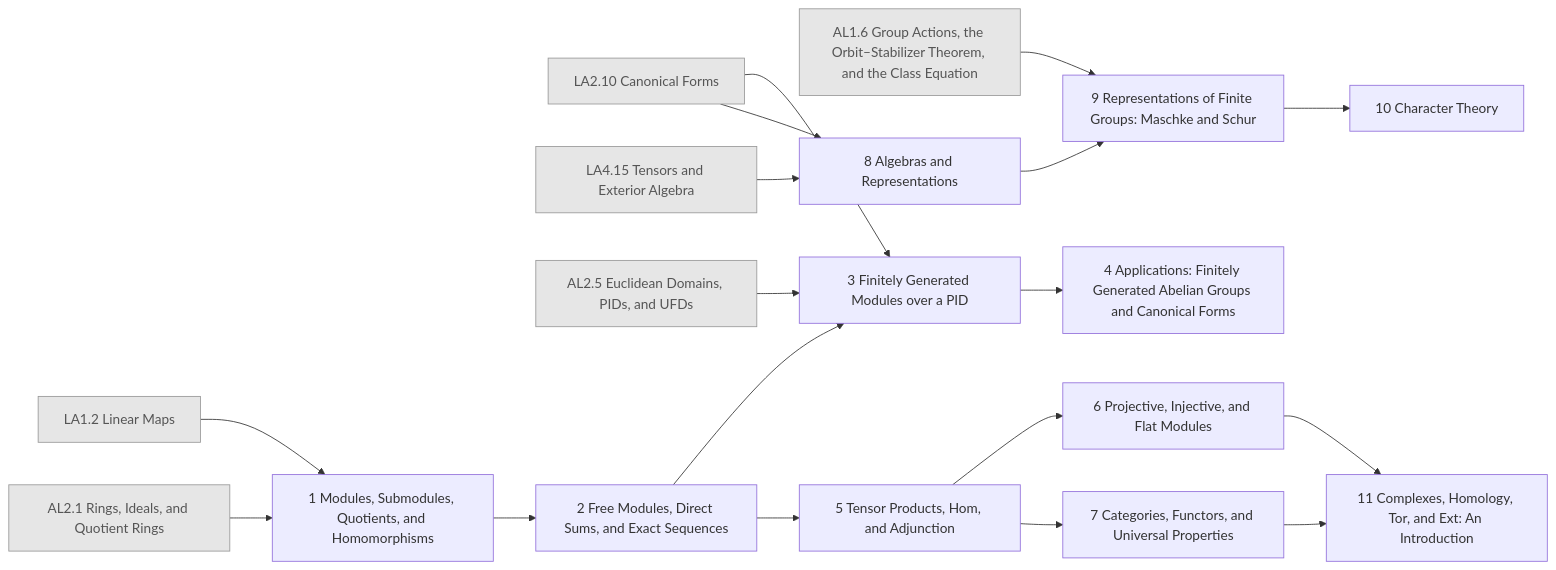
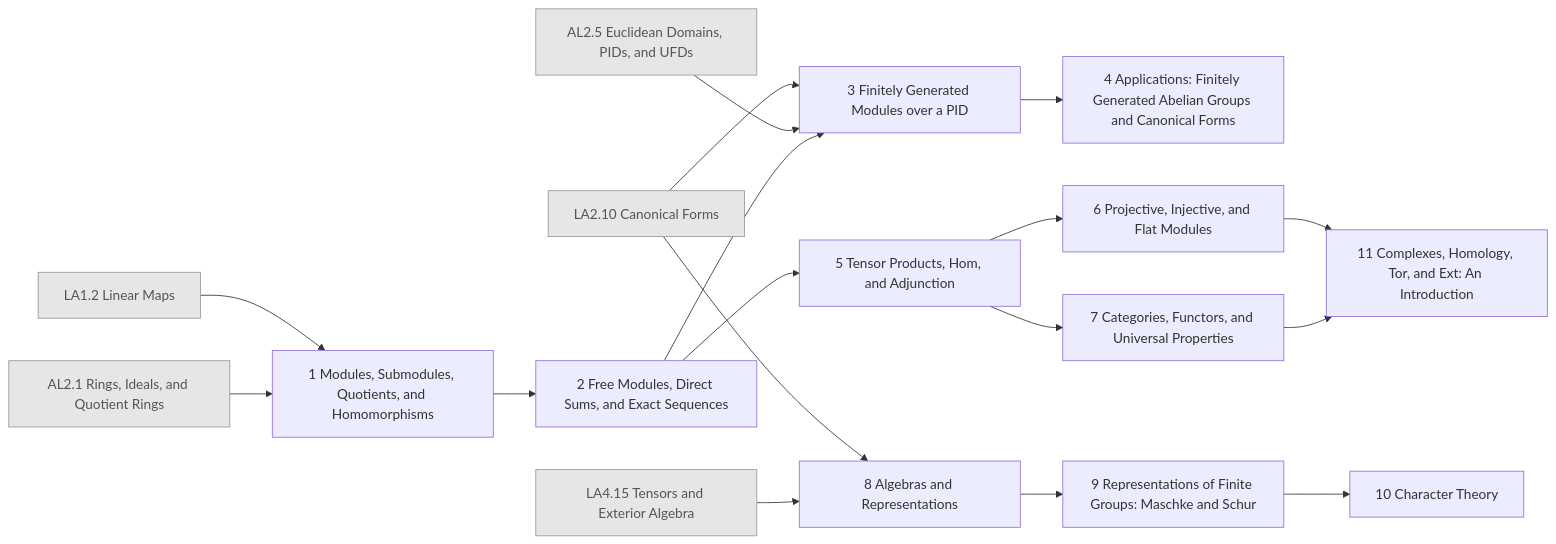
Diagram 22 of 30 in generated/README.md (AkizumiFox/math-atlas), drawn with Mermaid before and after one commit. The commit also changed other lines of this file and 41 other files, not shown here.

````diff
--- a/generated/README.md
+++ b/generated/README.md
@@ -609,40 +702,38 @@
 ```mermaid
 flowchart LR
   LA1_2["LA1.2 Linear Maps"]:::ext
   LA2_10["LA2.10 Canonical Forms"]:::ext
-  LA4_15["LA4.15 Tensors and Exterior Algebra"]:::ext
-  AL1_6["AL1.6 Group Actions, the Orbit–Stabilizer Theorem, and the Class Equation"]:::ext
   AL2_1["AL2.1 Rings, Ideals, and Quotient Rings"]:::ext
   AL2_5["AL2.5 Euclidean Domains, PIDs, and UFDs"]:::ext
+  LA4_15["LA4.15 Tensors and Exterior Algebra"]:::ext
   AL4_1["1 Modules, Submodules, Quotients, and Homomorphisms"]
   AL4_2["2 Free Modules, Direct Sums, and Exact Sequences"]
   AL4_3["3 Finitely Generated Modules over a PID"]
   AL4_4["4 Applications: Finitely Generated Abelian Groups and Canonical Forms"]
   AL4_5["5 Tensor Products, Hom, and Adjunction"]
   AL4_6["6 Projective, Injective, and Flat Modules"]
   AL4_7["7 Categories, Functors, and Universal Properties"]
   AL4_8["8 Algebras and Representations"]
   AL4_9["9 Representations of Finite Groups: Maschke and Schur"]
   AL4_10["10 Character Theory"]
   AL4_11["11 Complexes, Homology, Tor, and Ext: An Introduction"]
   LA1_2 --> AL4_1
   AL2_1 --> AL4_1
   AL4_1 --> AL4_2
   LA2_10 --> AL4_3
   AL2_5 --> AL4_3
   AL4_2 --> AL4_3
   AL4_3 --> AL4_4
   AL4_2 --> AL4_5
   AL4_5 --> AL4_6
   AL4_5 --> AL4_7
   LA2_10 --> AL4_8
   LA4_15 --> AL4_8
-  AL1_6 --> AL4_9
   AL4_8 --> AL4_9
   AL4_9 --> AL4_10
   AL4_6 --> AL4_11
   AL4_7 --> AL4_11
   classDef ext fill:#e6e6e6,stroke:#999,color:#555
   classDef opt fill:#fff,stroke:#999,stroke-dasharray:4 3,color:#555
   classDef segb fill:#f6f6fb,stroke:#99a,color:#333
 ```
````
